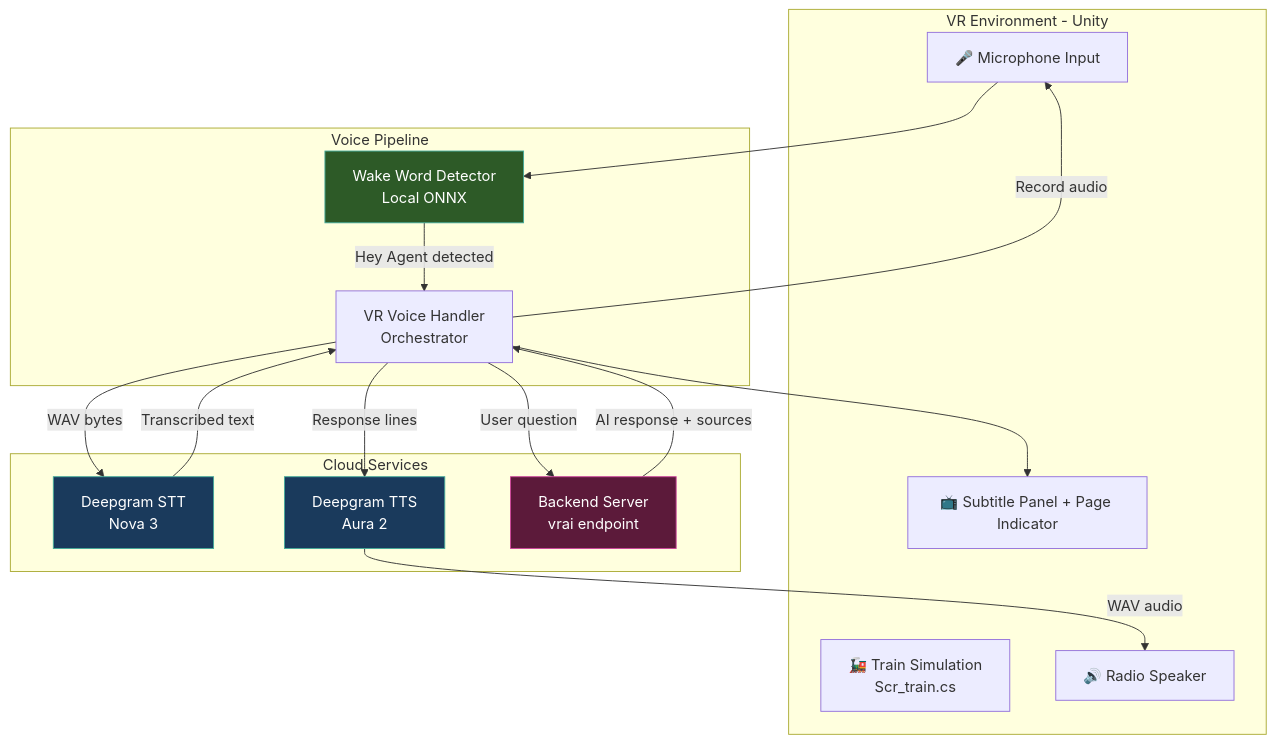
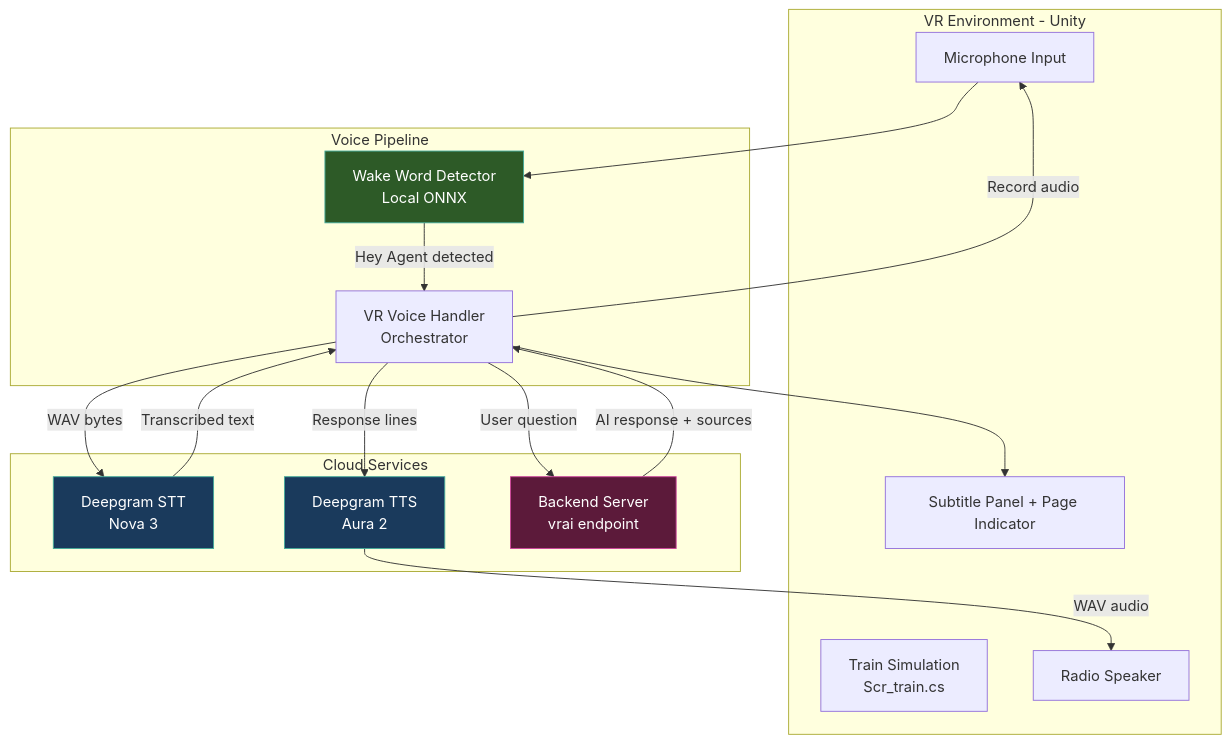
One commit to Rhabibi1609/UnityXRTTrainSimulator changed the first of 4 diagrams in README.md. Above: the diagram before and after it, drawn with Mermaid. The commit also changed other lines of this file, not shown here.

````diff
--- a/README.md
+++ b/README.md
@@ -42,36 +43,36 @@
 ```mermaid
 graph TB
     subgraph VR["VR Environment - Unity"]
-        Train["🚂 Train Simulation<br/>Scr_train.cs"]
-        UI["📺 Subtitle Panel + Page Indicator"]
-        Audio["🔊 Radio Speaker"]
-        Mic["🎤 Microphone Input"]
+        Train["Train Simulation<br/>Scr_train.cs"]
+        UI["Subtitle Panel + Page Indicator"]
+        Audio["Radio Speaker"]
+        Mic["Microphone Input"]
     end
 
     subgraph Voice["Voice Pipeline"]
         WW["Wake Word Detector<br/>Local ONNX"]
         VRH["VR Voice Handler<br/>Orchestrator"]
     end
 
     subgraph Cloud["Cloud Services"]
         DG_STT["Deepgram STT<br/>Nova 3"]
         DG_TTS["Deepgram TTS<br/>Aura 2"]
         Backend["Backend Server<br/>vrai endpoint"]
     end
 
     Mic --> WW
     WW -->|Hey Agent detected| VRH
     VRH -->|Record audio| Mic
     VRH -->|WAV bytes| DG_STT
     DG_STT -->|Transcribed text| VRH
     VRH -->|User question| Backend
     Backend -->|AI response + sources| VRH
     VRH -->|Response lines| DG_TTS
     DG_TTS -->|WAV audio| Audio
     VRH --> UI
 
     style WW fill:#2d5a27,stroke:#4a9,color:#fff
     style DG_STT fill:#1a3a5c,stroke:#4a9,color:#fff
     style DG_TTS fill:#1a3a5c,stroke:#4a9,color:#fff
     style Backend fill:#5c1a3a,stroke:#c49,color:#fff
 ```
````
